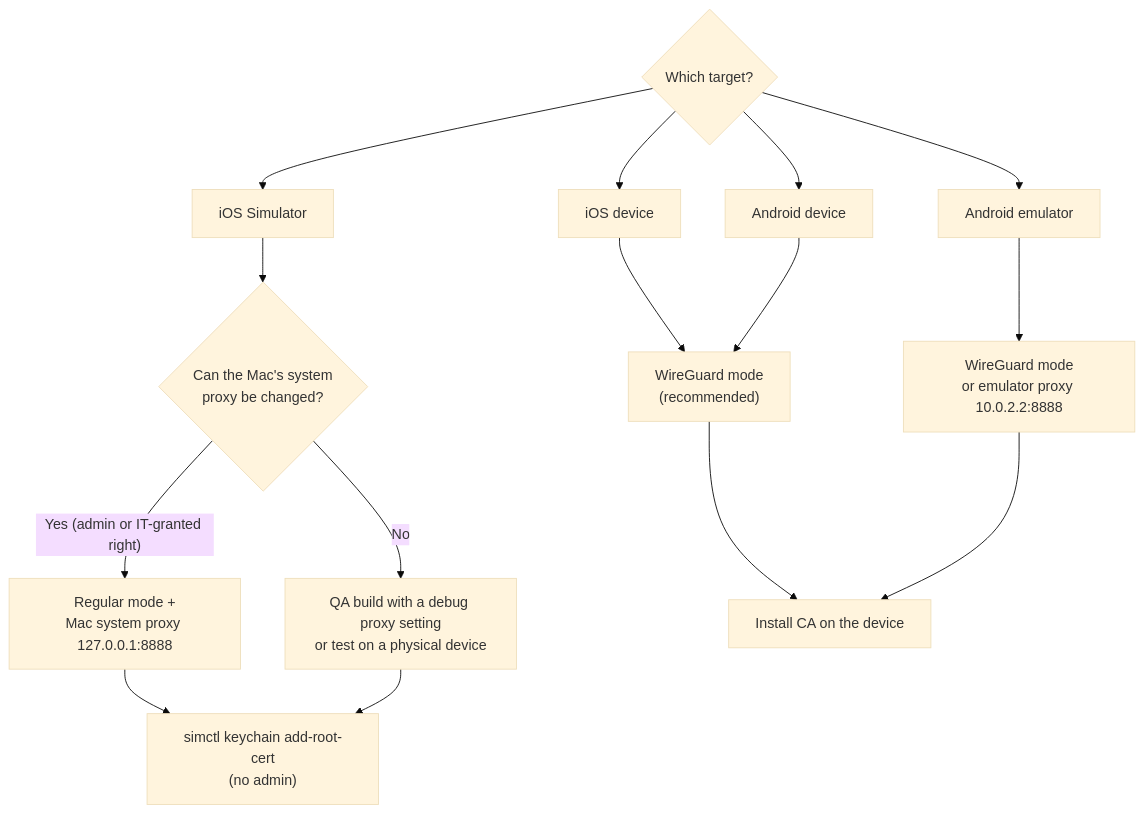
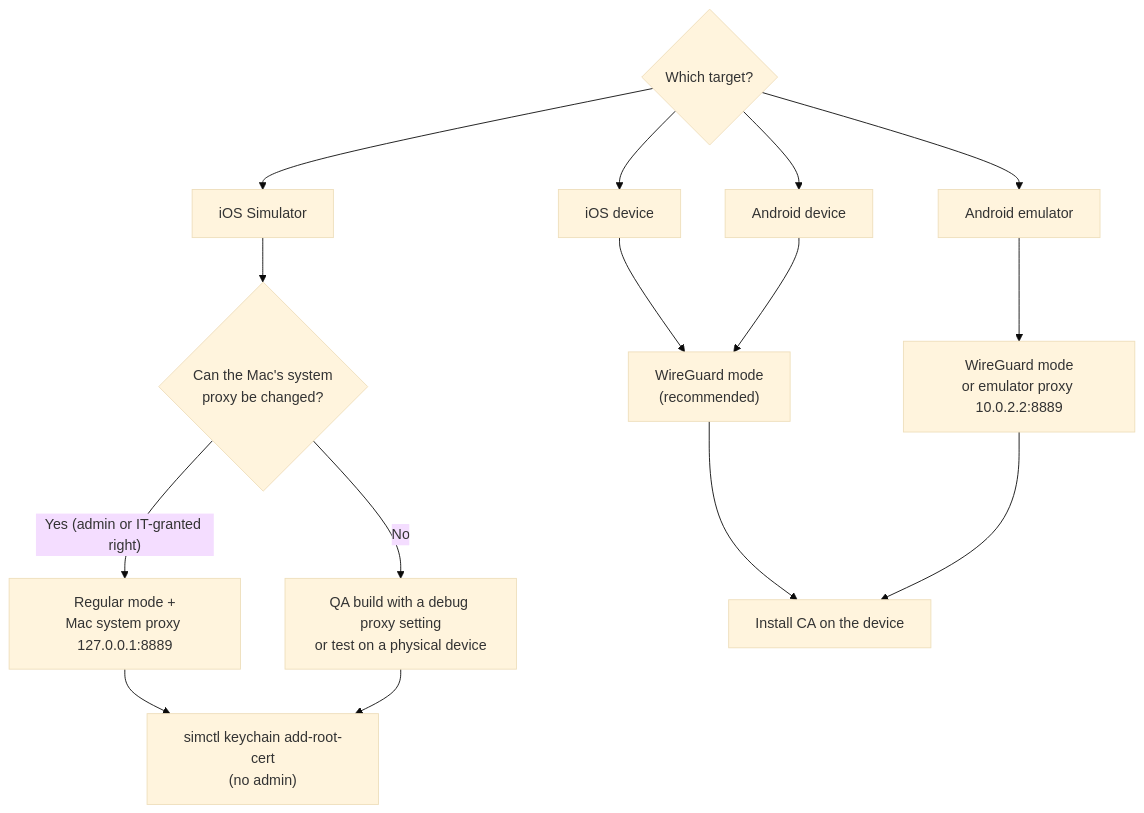
The third of 14 diagrams in docs/diagrams.md (chienng/wiretrace), drawn with Mermaid (base theme) before and after one commit. The commit also changed other lines of this file and 79 other files, not shown here.

````diff
--- a/docs/diagrams.md
+++ b/docs/diagrams.md
@@ -90,21 +90,21 @@
 ```mermaid
 flowchart TD
     S{Which target?}
     S --> IOSD[iOS device]
     S --> AD[Android device]
     S --> AE[Android emulator]
     S --> IOSS[iOS Simulator]
 
     IOSD --> W["WireGuard mode<br/>(recommended)"]
     AD --> W
-    AE --> WE["WireGuard mode<br/>or emulator proxy 10.0.2.2:8888"]
+    AE --> WE["WireGuard mode<br/>or emulator proxy 10.0.2.2:8889"]
 
     IOSS --> SIM{Can the Mac's system<br/>proxy be changed?}
-    SIM -- "Yes (admin or IT-granted right)" --> SP["Regular mode +<br/>Mac system proxy 127.0.0.1:8888"]
+    SIM -- "Yes (admin or IT-granted right)" --> SP["Regular mode +<br/>Mac system proxy 127.0.0.1:8889"]
     SIM -- No --> SN["QA build with a debug proxy setting<br/>or test on a physical device"]
 
     W --> CA[Install CA on the device]
     WE --> CA
     SP --> CAS["simctl keychain add-root-cert<br/>(no admin)"]
     SN --> CAS
 ```
````
